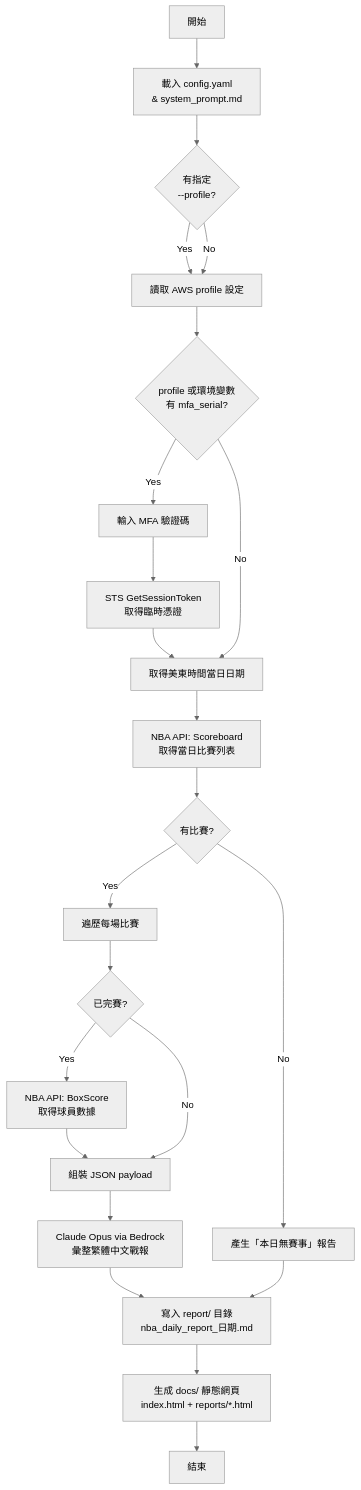
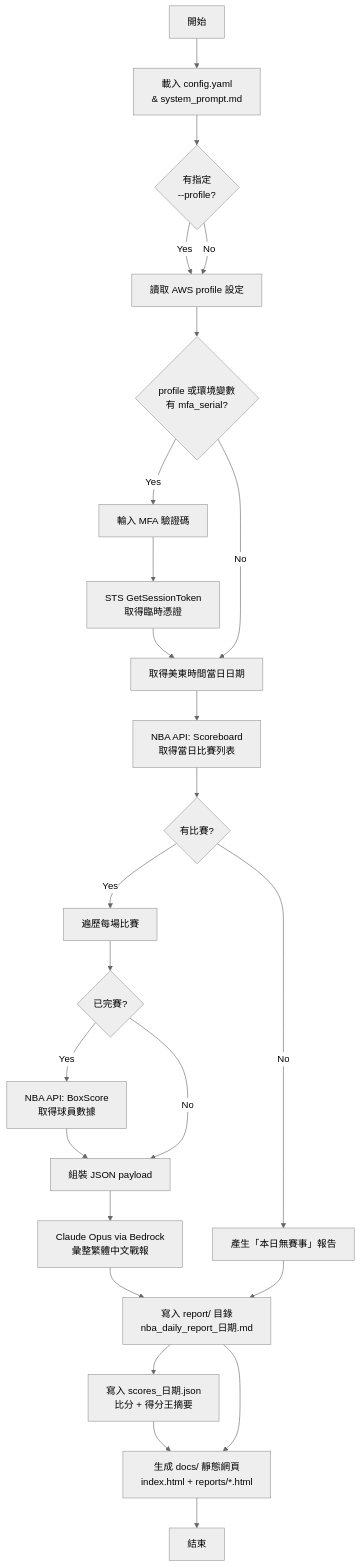
One commit to r07228019/my_ai changed the diagram in test/nba_daily_report/README.md. Above: the diagram before and after it, drawn with Mermaid (neutral theme). The commit also changed other lines of this file and 16 other files, not shown here.

````diff
--- a/test/nba_daily_report/README.md
+++ b/test/nba_daily_report/README.md
@@ -24,25 +24,27 @@
 ```mermaid
 flowchart TD
     A[開始] --> B[載入 config.yaml<br>& system_prompt.md]
     B --> C{有指定<br>--profile?}
     C -->|Yes| D[讀取 AWS profile 設定]
     C -->|No| D
     D --> E{profile 或環境變數<br>有 mfa_serial?}
     E -->|Yes| F[輸入 MFA 驗證碼]
     F --> G[STS GetSessionToken<br>取得臨時憑證]
     G --> H
     E -->|No| H[取得美東時間當日日期]
     H --> I[NBA API: Scoreboard<br>取得當日比賽列表]
     I --> J{有比賽?}
     J -->|No| K[產生「本日無賽事」報告]
     J -->|Yes| L[遍歷每場比賽]
     L --> M{已完賽?}
     M -->|Yes| N[NBA API: BoxScore<br>取得球員數據]
     N --> O[組裝 JSON payload]
     M -->|No| O
     O --> P[Claude Opus via Bedrock<br>彙整繁體中文戰報]
     P --> Q[寫入 report/ 目錄<br>nba_daily_report_日期.md]
+    Q --> Q2[寫入 scores_日期.json<br>比分 + 得分王摘要]
     K --> Q
-    Q --> R[生成 docs/ 靜態網頁<br>index.html + reports/*.html]
+    Q2 --> R[生成 docs/ 靜態網頁<br>index.html + reports/*.html]
+    Q --> R
     R --> S[結束]
 ```
````
